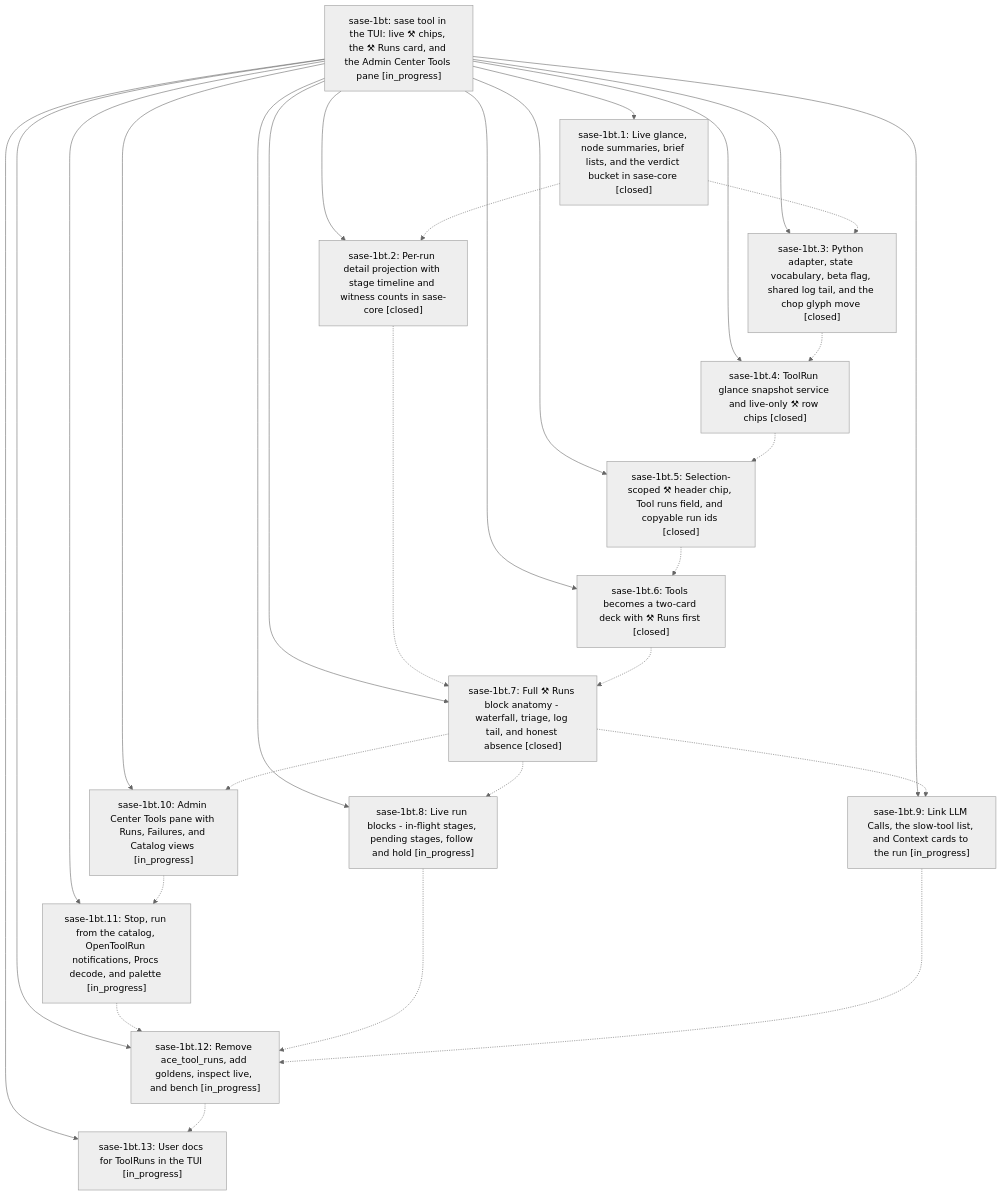
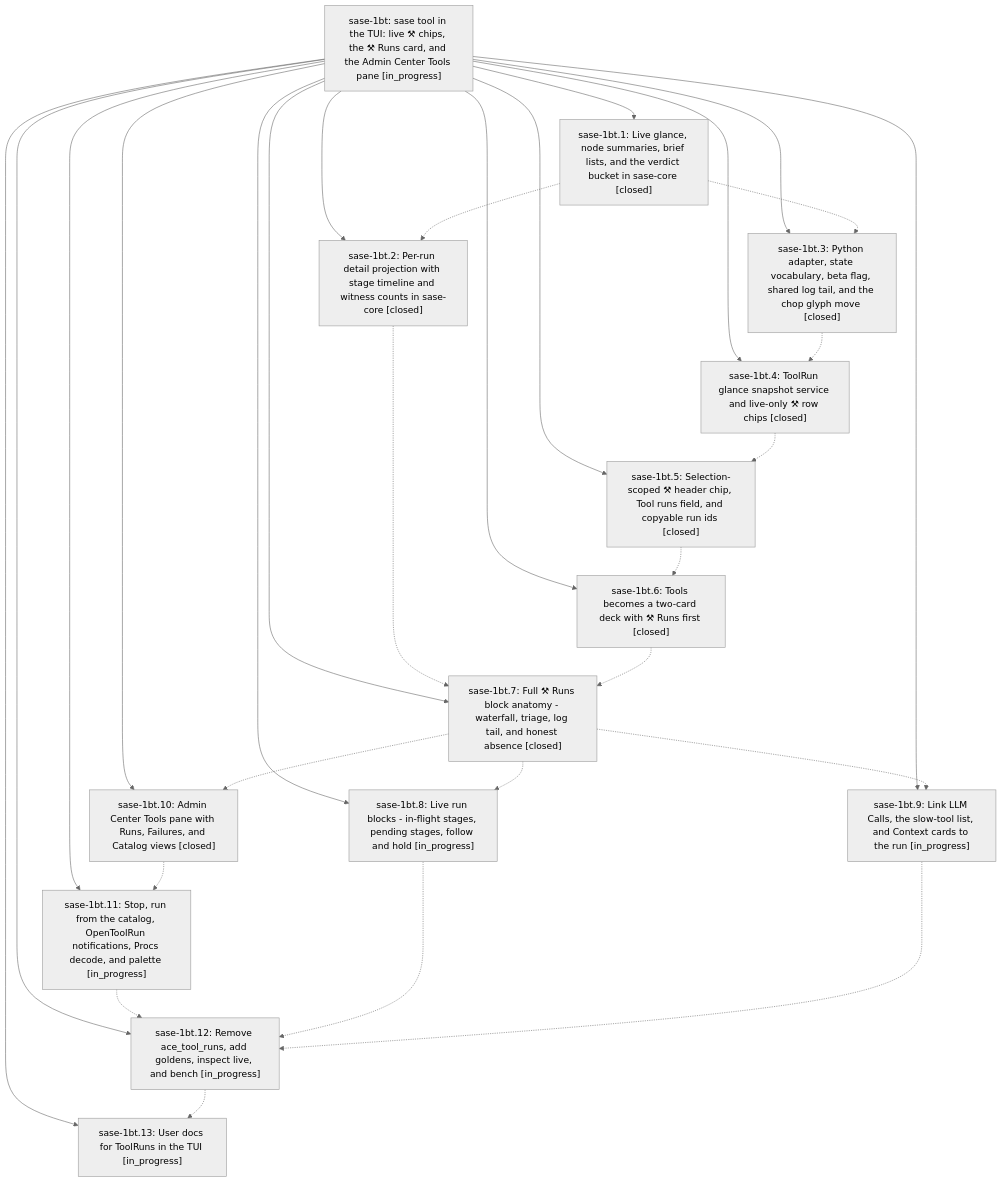
One commit to sase-org/sase--beads changed the diagram in pages/sase-1bt/README.md. Above: the diagram before and after it, drawn with Mermaid (neutral theme). The commit also changed other lines of this file and 3 other files, not shown here.

````diff
--- a/pages/sase-1bt/README.md
+++ b/pages/sase-1bt/README.md
@@ -52,45 +52,45 @@
 ```mermaid
 flowchart TD
     n0["sase-1bt: sase tool in the TUI: live ⚒ chips, the ⚒ Runs card, and the Admin Center Tools pane [in_progress]"]
     n1["sase-1bt.1: Live glance, node summaries, brief lists, and the verdict bucket in sase-core [closed]"]
-    n2["sase-1bt.10: Admin Center Tools pane with Runs, Failures, and Catalog views [in_progress]"]
+    n2["sase-1bt.10: Admin Center Tools pane with Runs, Failures, and Catalog views [closed]"]
     n3["sase-1bt.11: Stop, run from the catalog, OpenToolRun notifications, Procs decode, and palette [in_progress]"]
     n4["sase-1bt.12: Remove ace_tool_runs, add goldens, inspect live, and bench [in_progress]"]
     n5["sase-1bt.13: User docs for ToolRuns in the TUI [in_progress]"]
     n6["sase-1bt.2: Per-run detail projection with stage timeline and witness counts in sase-core [closed]"]
     n7["sase-1bt.3: Python adapter, state vocabulary, beta flag, shared log tail, and the chop glyph move [closed]"]
     n8["sase-1bt.4: ToolRun glance snapshot service and live-only ⚒ row chips [closed]"]
     n9["sase-1bt.5: Selection-scoped ⚒ header chip, Tool runs field, and copyable run ids [closed]"]
     n10["sase-1bt.6: Tools becomes a two-card deck with ⚒ Runs first [closed]"]
     n11["sase-1bt.7: Full ⚒ Runs block anatomy - waterfall, triage, log tail, and honest absence [closed]"]
     n12["sase-1bt.8: Live run blocks - in-flight stages, pending stages, follow and hold [in_progress]"]
     n13["sase-1bt.9: Link LLM Calls, the slow-tool list, and Context cards to the run [in_progress]"]
     n0 --> n1
     n0 --> n2
     n0 --> n3
     n0 --> n4
     n0 --> n5
     n0 --> n6
     n0 --> n7
     n0 --> n8
     n0 --> n9
     n0 --> n10
     n0 --> n11
     n0 --> n12
     n0 --> n13
     n1 -.-> n6
     n1 -.-> n7
     n2 -.-> n3
     n3 -.-> n4
     n4 -.-> n5
     n6 -.-> n11
     n7 -.-> n8
     n8 -.-> n9
     n9 -.-> n10
     n10 -.-> n11
     n11 -.-> n2
     n11 -.-> n12
     n11 -.-> n13
     n12 -.-> n4
     n13 -.-> n4
 ```
````
